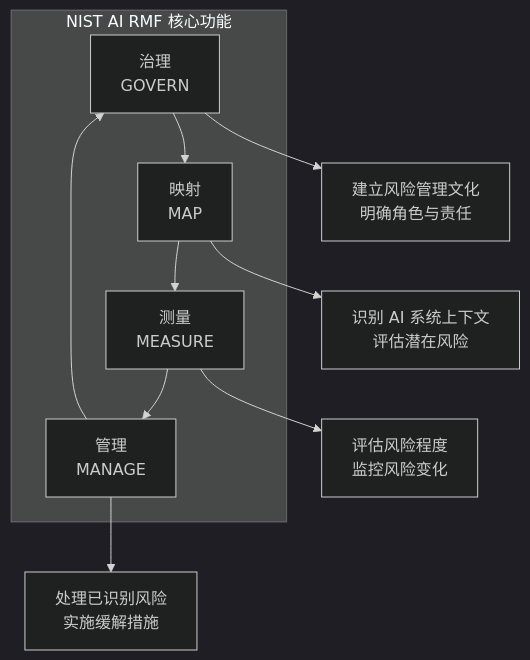
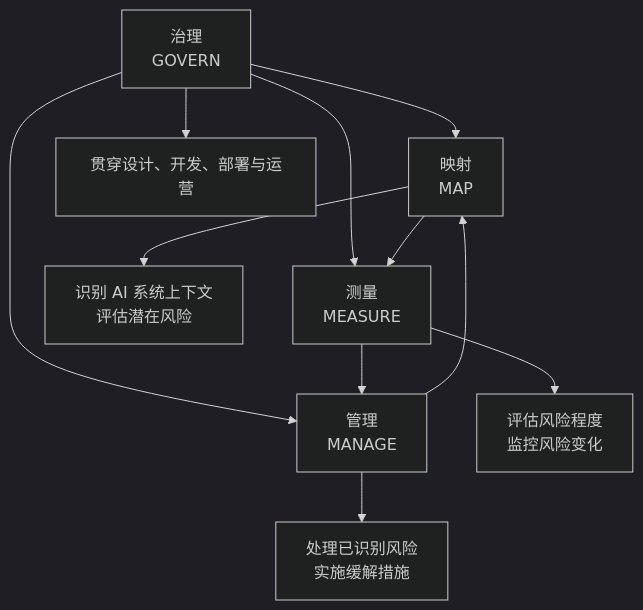
One commit to yeasy/ai_security_guide changed the second of 2 diagrams in 03_frameworks/3.2_nist_framework.md. Above: the diagram before and after it, drawn with Mermaid (dark theme). The commit also changed other lines of this file and 25 other files, not shown here.

````diff
--- a/03_frameworks/3.2_nist_framework.md
+++ b/03_frameworks/3.2_nist_framework.md
@@ -88,14 +86,14 @@
 ```mermaid
 flowchart TB
-    subgraph "NIST AI RMF 核心功能"
     A["治理<br/>GOVERN"] --> B["映射<br/>MAP"]
-    B --> C["测量<br/>MEASURE"]
-    C --> D["管理<br/>MANAGE"]
-    D --> A
-    end
+    A --> C["测量<br/>MEASURE"]
+    A --> D["管理<br/>MANAGE"]
+    B --> C
+    C --> D
+    D --> B
 
-    A --> A1["建立风险管理文化<br/>明确角色与责任"]
+    A --> A1["贯穿设计、开发、部署与运营"]
     B --> B1["识别 AI 系统上下文<br/>评估潜在风险"]
     C --> C1["评估风险程度<br/>监控风险变化"]
     D --> D1["处理已识别风险<br/>实施缓解措施"]
 ```
````
